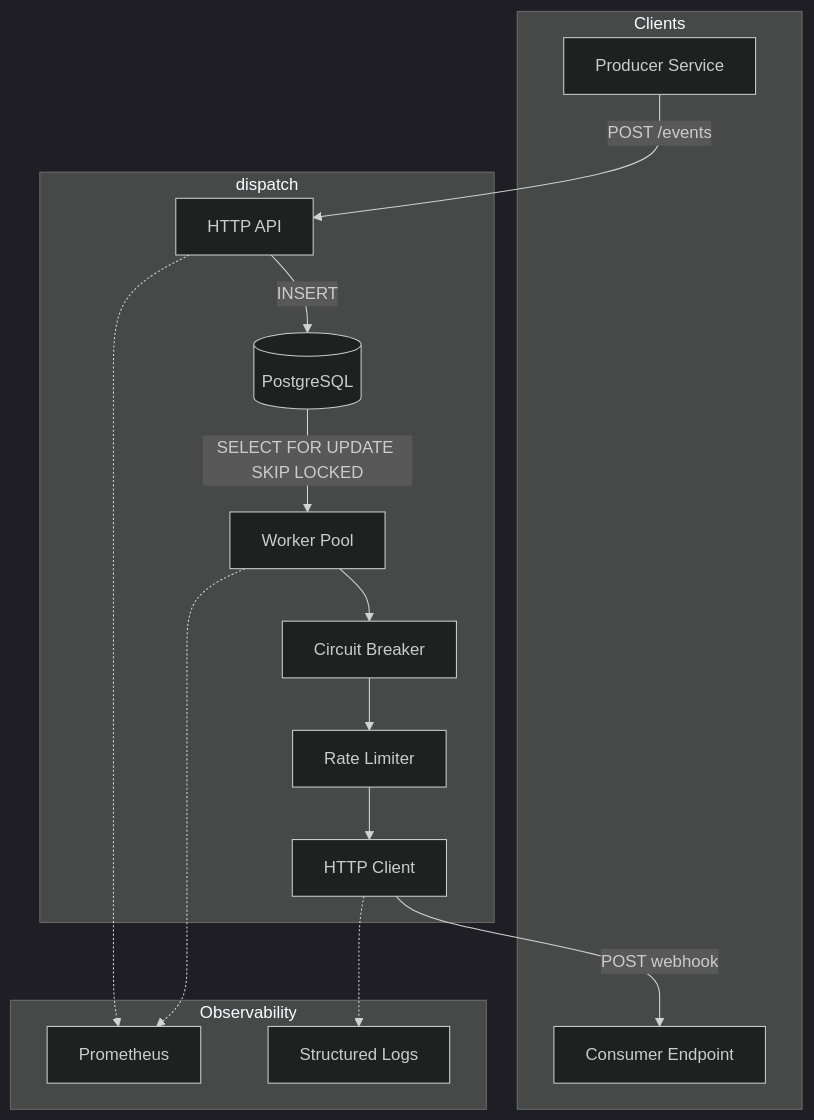
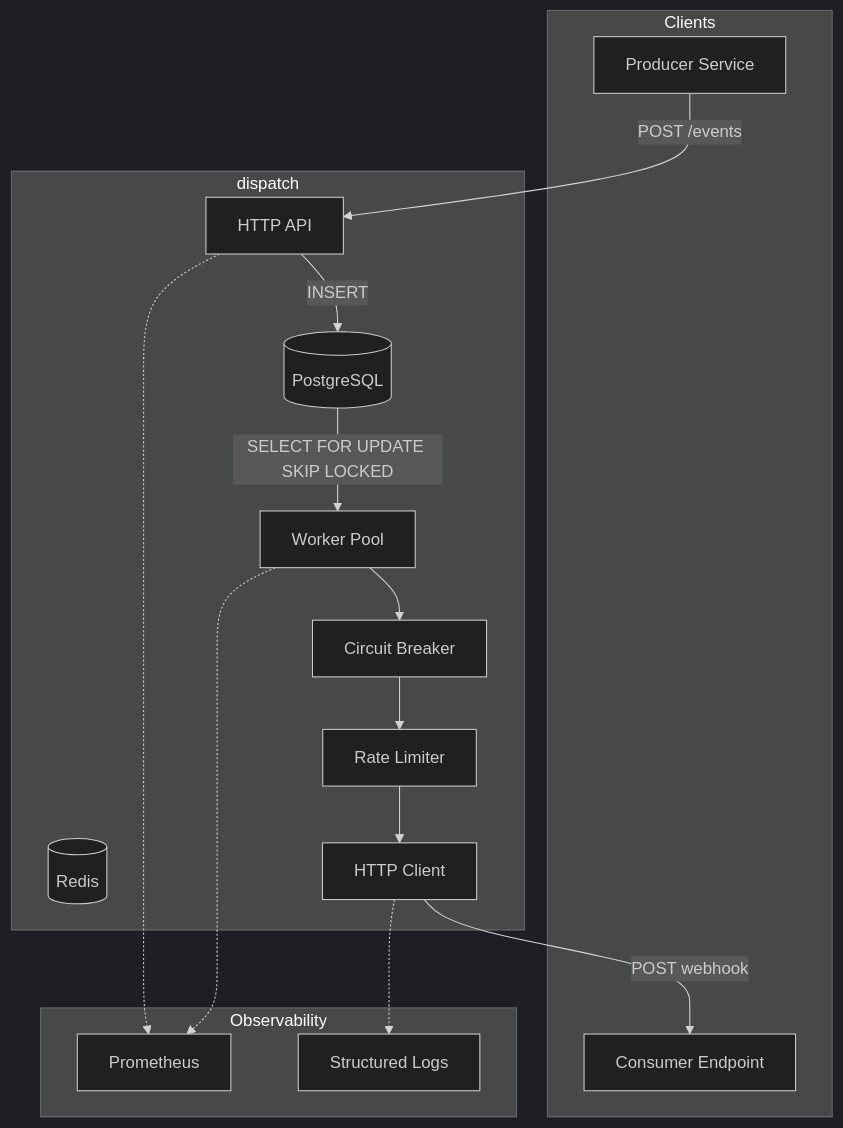
One commit to felipepmaragno/webhook-service changed the first of 4 diagrams in docs/spec.md. Above: the diagram before and after it, drawn with Mermaid (dark theme). The commit also changed other lines of this file and 2 other files, not shown here.

First line of the commit message:
spec: add v0.4.0 Redis-backed horizontal scaling requirements

````diff
--- a/docs/spec.md
+++ b/docs/spec.md
@@ -39,33 +38,34 @@
 ```mermaid
 flowchart TB
     subgraph Clients["Clients"]
         Producer["Producer Service"]
         Consumer["Consumer Endpoint"]
     end
 
     subgraph Dispatch["dispatch"]
         API["HTTP API"]
         DB[(PostgreSQL)]
+        Redis[(Redis)]
         Workers["Worker Pool"]
         CB["Circuit Breaker"]
         RL["Rate Limiter"]
         Delivery["HTTP Client"]
     end
 
     subgraph Observability["Observability"]
         Metrics["Prometheus"]
         Logs["Structured Logs"]
     end
 
     Producer -->|POST /events| API
     API -->|INSERT| DB
     DB -->|SELECT FOR UPDATE SKIP LOCKED| Workers
     Workers --> CB
     CB --> RL
     RL --> Delivery
     Delivery -->|POST webhook| Consumer
     
     API -.-> Metrics
     Workers -.-> Metrics
     Delivery -.-> Logs
 ```
````
